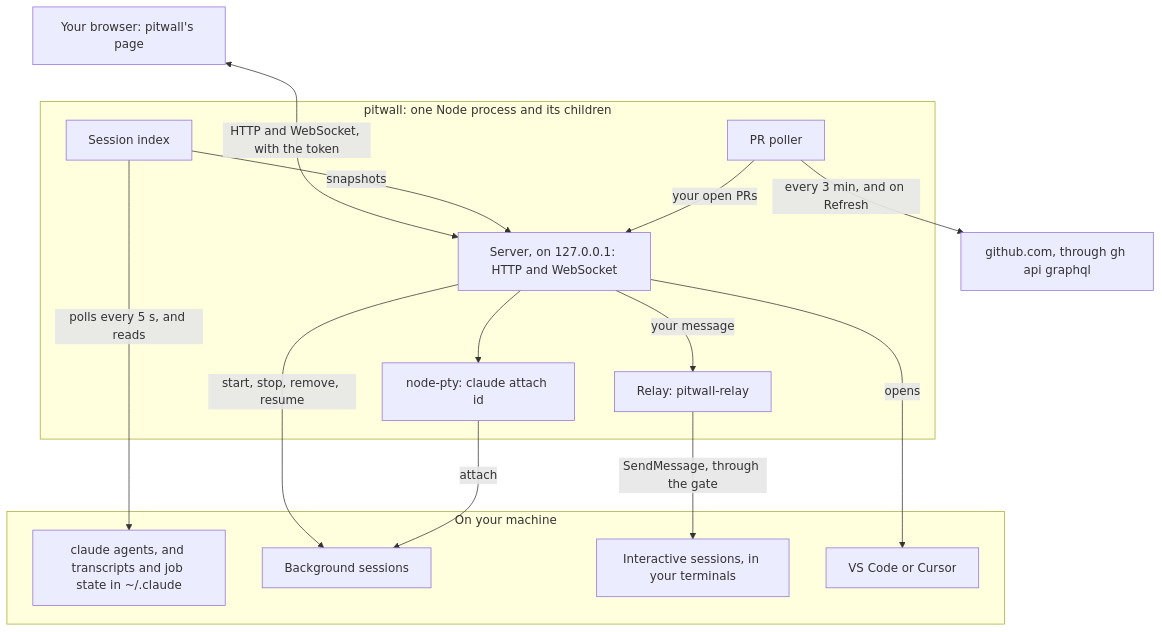
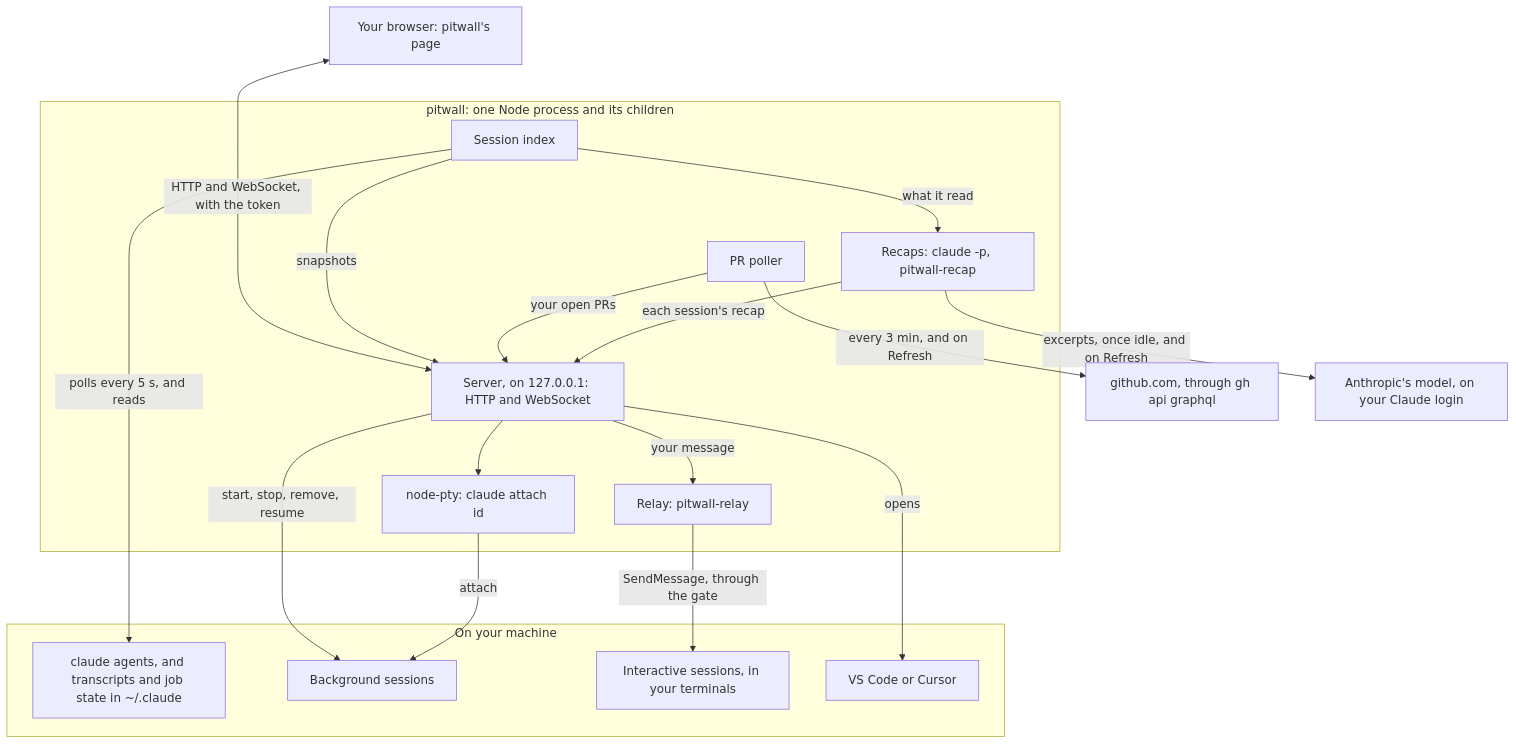
The first of 2 diagrams in README.md (leggetter/pitwall), drawn with Mermaid before and after one commit. The commit also changed other lines of this file and 27 other files, not shown here.

First line of the commit message:
feat: W110, per-session recaps on the server

````diff
--- a/README.md
+++ b/README.md
@@ -148,34 +156,39 @@
 ```mermaid
 flowchart TB
   page["Your browser: pitwall's page"]
 
   subgraph pitwall["pitwall: one Node process and its children"]
     index["Session index"]
     server["Server, on 127.0.0.1: HTTP and WebSocket"]
     pty["node-pty: claude attach id"]
     relay["Relay: pitwall-relay"]
     prs["PR poller"]
+    recaps["Recaps: claude -p, pitwall-recap"]
   end
 
   subgraph machine["On your machine"]
     state["claude agents, and transcripts and job state in ~/.claude"]
     bg["Background sessions"]
     interactive["Interactive sessions, in your terminals"]
     editor["VS Code or Cursor"]
   end
 
   github["github.com, through gh api graphql"]
+  model["Anthropic's model, on your Claude login"]
 
   page ~~~ index
   page <-->|"HTTP and WebSocket, with the token"| server
   index -->|snapshots| server
   index -->|"polls every 5 s, and reads"| state
   server -->|"start, stop, remove, resume"| bg
   server --> pty
   pty -->|attach| bg
   server -->|"your message"| relay
   relay -->|"SendMessage, through the gate"| interactive
   server -->|opens| editor
   prs -->|"every 3 min, and on Refresh"| github
   prs -->|"your open PRs"| server
+  index -->|"what it read"| recaps
+  recaps -->|"excerpts, once idle, and on Refresh"| model
+  recaps -->|"each session's recap"| server
 ```
````
